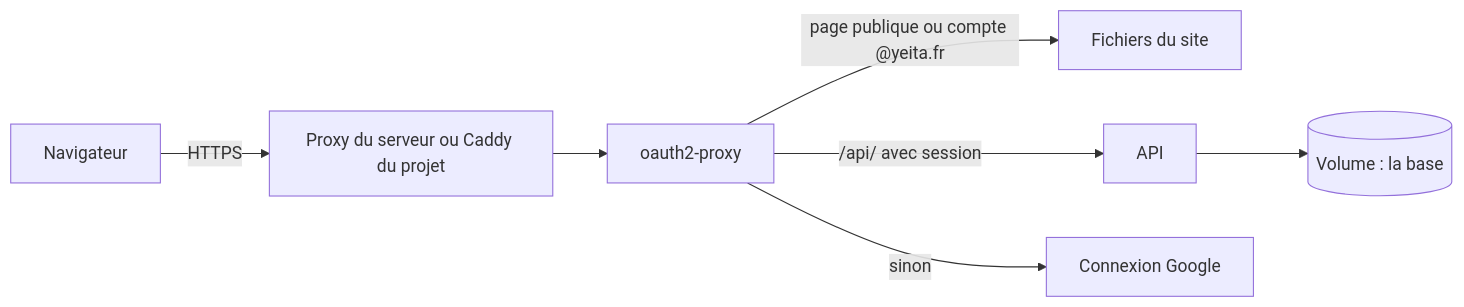
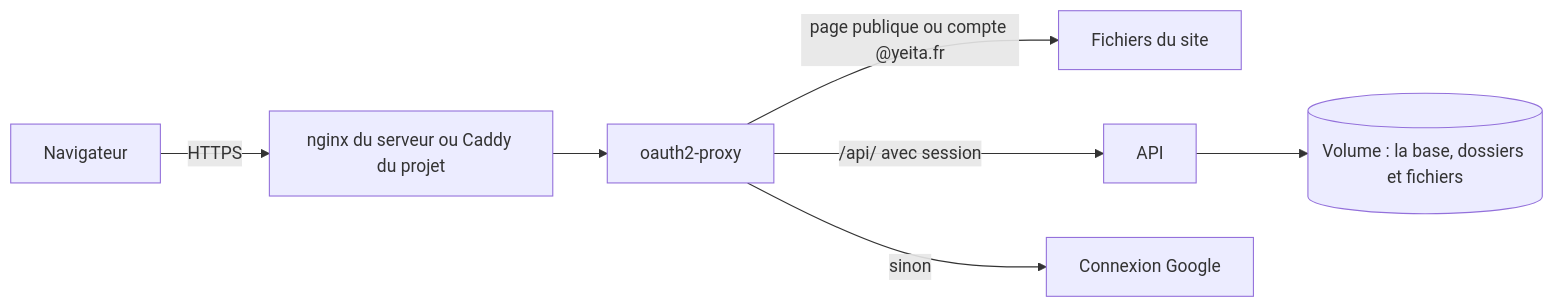
The first of 3 diagrams in hlyja/technique/architecture.humain.md (design-cpu/yeita-recrutement), drawn with Mermaid before and after one commit. The commit also changed other lines of this file and 20 other files, not shown here.

````diff
--- a/hlyja/technique/architecture.humain.md
+++ b/hlyja/technique/architecture.humain.md
@@ -19,9 +19,9 @@
 ```mermaid
 flowchart LR
-  N[Navigateur] -->|HTTPS| P[Proxy du serveur ou Caddy du projet]
+  N[Navigateur] -->|HTTPS| P[nginx du serveur ou Caddy du projet]
   P --> F[oauth2-proxy]
   F -->|page publique ou compte @yeita.fr| S[Fichiers du site]
   F -->|/api/ avec session| A[API]
-  A --> V[(Volume : la base)]
+  A --> V[(Volume : la base, dossiers et fichiers)]
   F -->|sinon| G[Connexion Google]
 ```
````
